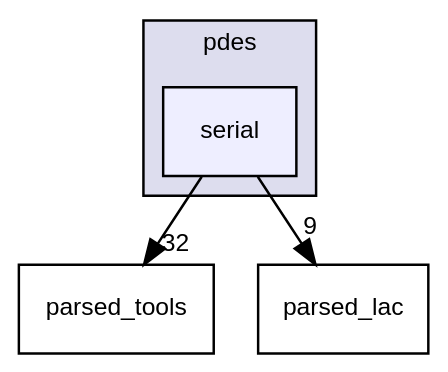
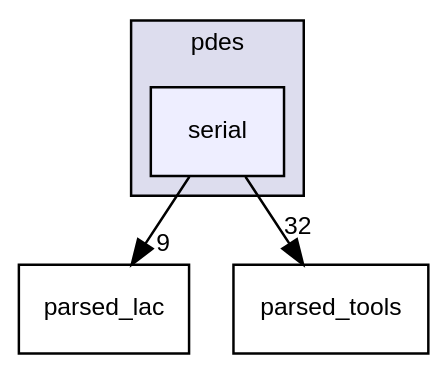
The diagram in dir_0d1c0d82d2331d1d942d7c7f0084aeb2_dep.dot (luca-heltai/fsi-suite), drawn with Graphviz before and after one commit. The commit also changed other lines of this file and 1278 other files, not shown here.

```diff
--- a/dir_0d1c0d82d2331d1d942d7c7f0084aeb2_dep.dot
+++ b/dir_0d1c0d82d2331d1d942d7c7f0084aeb2_dep.dot
@@ -1,14 +1,14 @@
 digraph "include/pdes/serial" {
   bgcolor=transparent;
   compound=true
   node [ fontsize="10", fontname="Helvetica"];
   edge [ labelfontsize="10", labelfontname="Helvetica"];
   subgraph clusterdir_60faf9a10d52b04582224b9116454383 {
     graph [ bgcolor="#ddddee", pencolor="black", label="pdes" fontname="Helvetica", fontsize="10", URL="dir_60faf9a10d52b04582224b9116454383.html"]
   dir_0d1c0d82d2331d1d942d7c7f0084aeb2 [shape=box, label="serial", style="filled", fillcolor="#eeeeff", pencolor="black", URL="dir_0d1c0d82d2331d1d942d7c7f0084aeb2.html"];
   }
+  dir_65593bf93f1e4428cc81baf4bb94349f [shape=box label="parsed_lac" URL="dir_65593bf93f1e4428cc81baf4bb94349f.html"];
   dir_8e8448d9aef603b86753e7cb911804a9 [shape=box label="parsed_tools" URL="dir_8e8448d9aef603b86753e7cb911804a9.html"];
-  dir_65593bf93f1e4428cc81baf4bb94349f [shape=box label="parsed_lac" URL="dir_65593bf93f1e4428cc81baf4bb94349f.html"];
+  dir_0d1c0d82d2331d1d942d7c7f0084aeb2->dir_65593bf93f1e4428cc81baf4bb94349f [headlabel="9", labeldistance=1.5 headhref="dir_000008_000004.html"];
   dir_0d1c0d82d2331d1d942d7c7f0084aeb2->dir_8e8448d9aef603b86753e7cb911804a9 [headlabel="32", labeldistance=1.5 headhref="dir_000008_000005.html"];
-  dir_0d1c0d82d2331d1d942d7c7f0084aeb2->dir_65593bf93f1e4428cc81baf4bb94349f [headlabel="9", labeldistance=1.5 headhref="dir_000008_000004.html"];
 }
```
